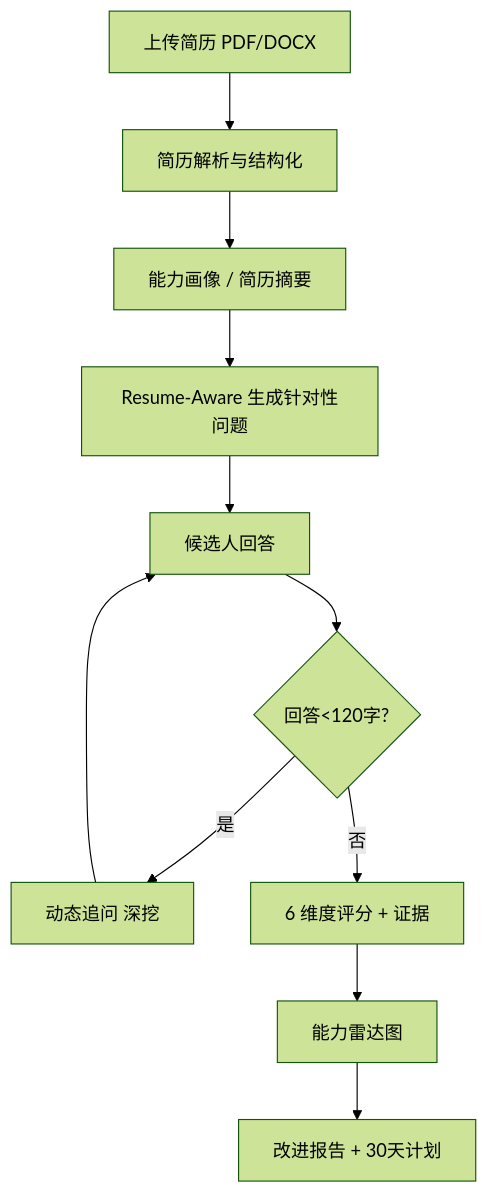
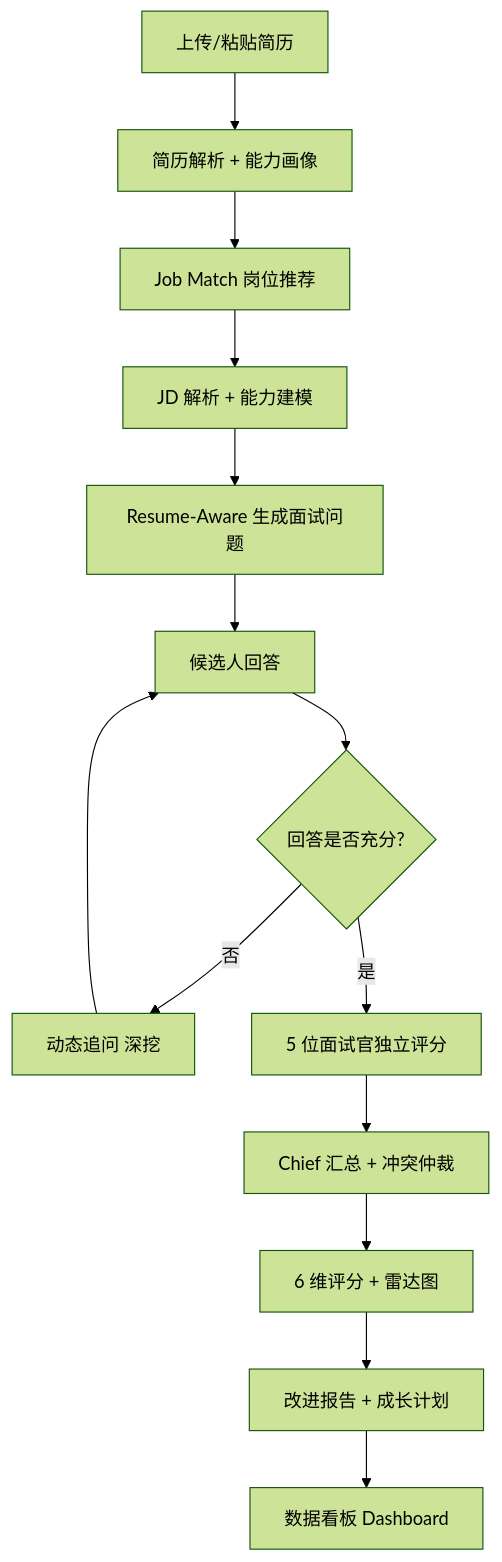
Before and after one commit to Joezy331/resume-aware-interview-agent: the diagram in docs/PRD.md, drawn with Mermaid (forest theme). The commit also changed other lines of this file and 28 other files, not shown here.

First line of the commit message:
fix: center repo on V3.0 prototype; correct implemented features vs real roadmap

````diff
--- a/docs/PRD.md
+++ b/docs/PRD.md
@@ -63,13 +65,16 @@
 ```mermaid
 flowchart TD
-    A[上传简历 PDF/DOCX] --> B[简历解析与结构化]
-    B --> C[能力画像 / 简历摘要]
-    C --> D[Resume-Aware 生成针对性问题]
-    D --> E[候选人回答]
-    E --> F{回答<120字?}
-    F -- 是 --> G[动态追问 深挖]
-    G --> E
-    F -- 否 --> H[6 维度评分 + 证据]
-    H --> I[能力雷达图]
-    I --> J[改进报告 + 30天计划]
+    A[上传/粘贴简历] --> B[简历解析 + 能力画像]
+    B --> C[Job Match 岗位推荐]
+    C --> D[JD 解析 + 能力建模]
+    D --> E[Resume-Aware 生成面试问题]
+    E --> F[候选人回答]
+    F --> G{回答是否充分?}
+    G -- 否 --> H[动态追问 深挖]
+    H --> F
+    G -- 是 --> I[5 位面试官独立评分]
+    I --> J[Chief 汇总 + 冲突仲裁]
+    J --> K[6 维评分 + 雷达图]
+    K --> L[改进报告 + 成长计划]
+    L --> M[数据看板 Dashboard]
 ```
````
